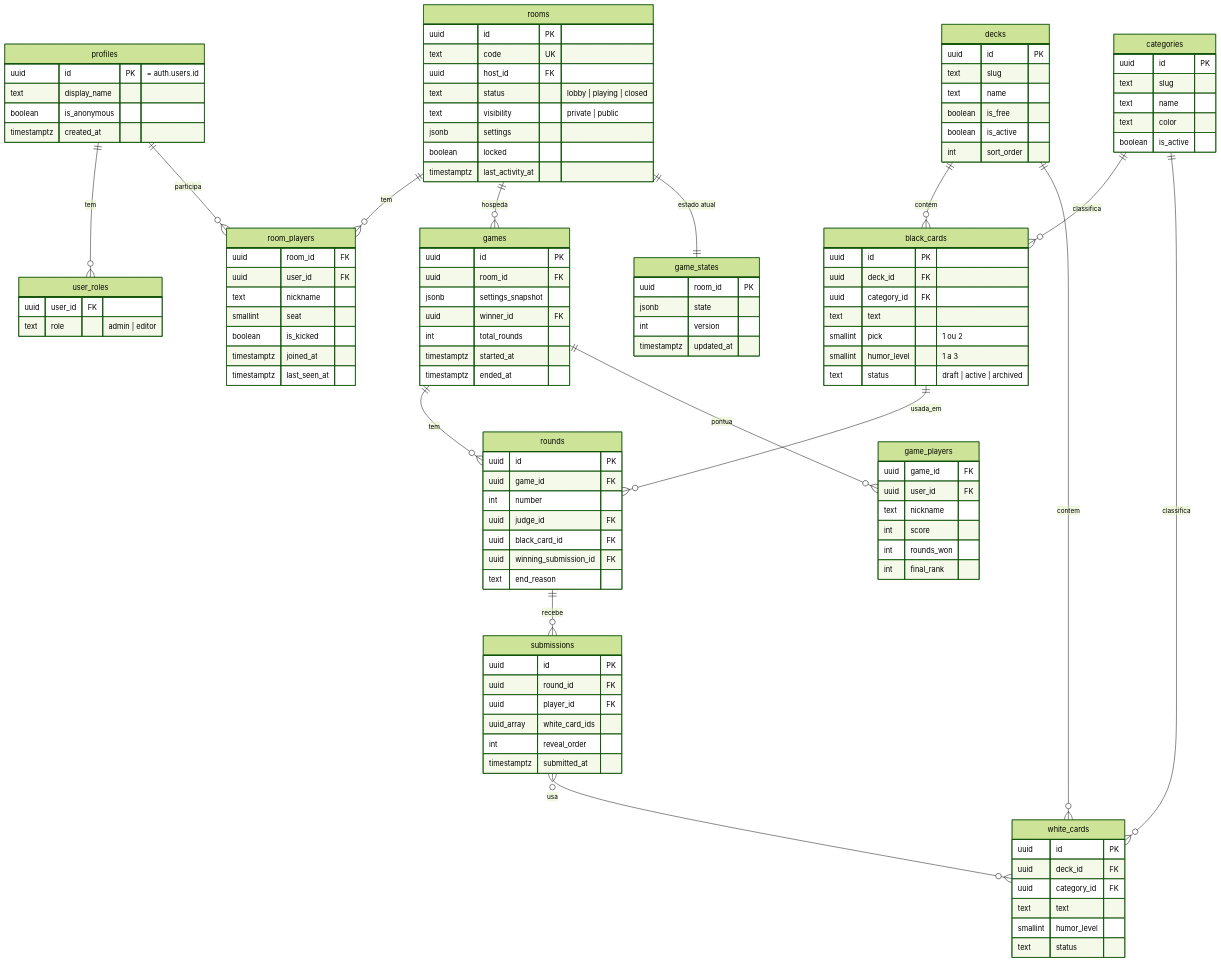
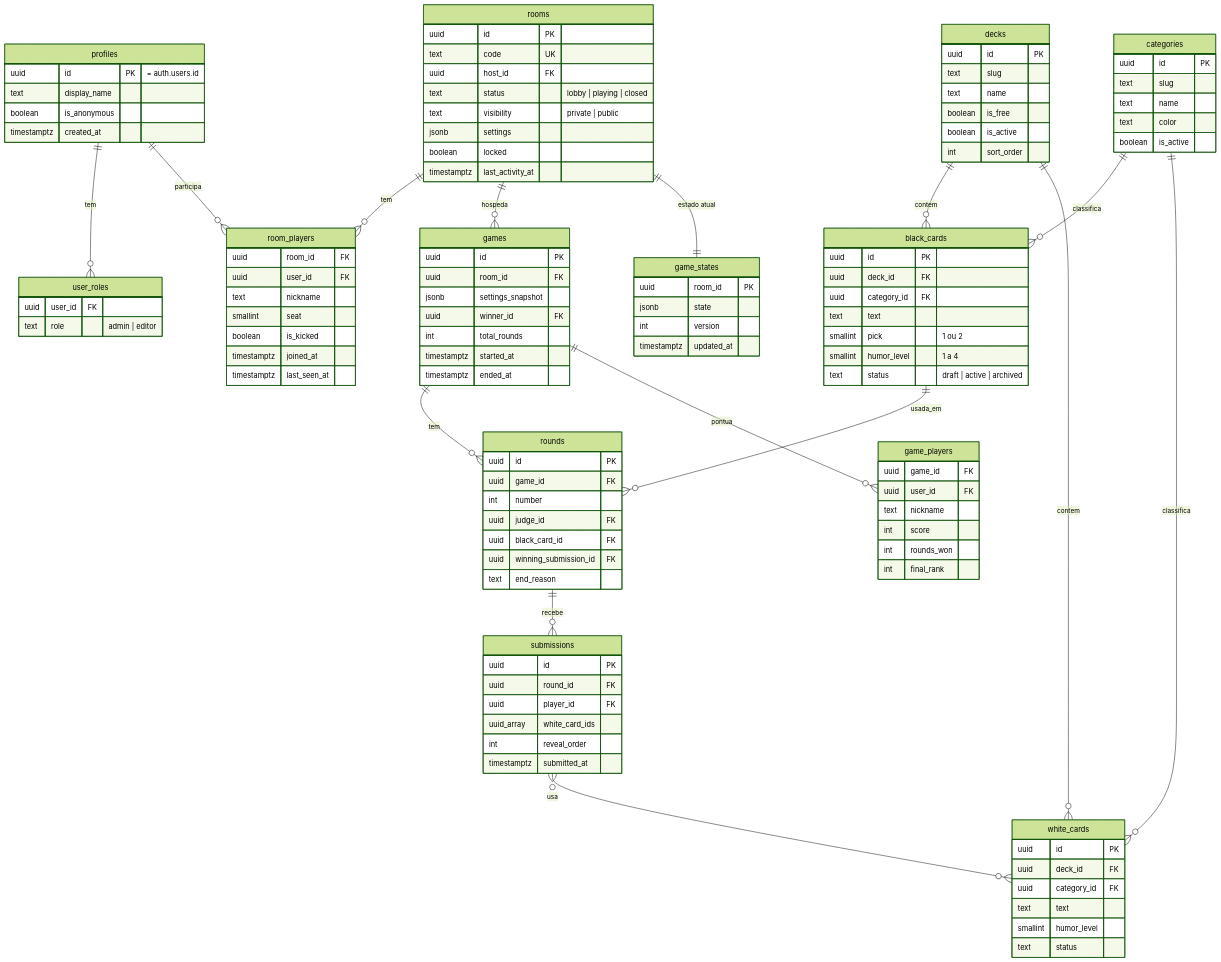
The third of 4 diagrams in docs/PLANO_DE_DESENVOLVIMENTO.md (aserafimsj/Deck-Mariana-Mancia), drawn with Mermaid (forest theme) before and after one commit. The commit also changed other lines of this file and 2 other files, not shown here.

````diff
--- a/docs/PLANO_DE_DESENVOLVIMENTO.md
+++ b/docs/PLANO_DE_DESENVOLVIMENTO.md
@@ -275,31 +275,31 @@
 ```mermaid
 erDiagram
   profiles ||--o{ user_roles : tem
   profiles ||--o{ room_players : participa
   decks ||--o{ black_cards : contem
   decks ||--o{ white_cards : contem
   categories ||--o{ black_cards : classifica
   categories ||--o{ white_cards : classifica
   rooms ||--o{ room_players : tem
   rooms ||--o{ games : hospeda
   rooms ||--|| game_states : "estado atual"
   games ||--o{ rounds : tem
   games ||--o{ game_players : pontua
   rounds ||--o{ submissions : recebe
   black_cards ||--o{ rounds : usada_em
   submissions }o--o{ white_cards : usa
 
   profiles { uuid id PK "= auth.users.id" text display_name boolean is_anonymous timestamptz created_at }
   user_roles { uuid user_id FK text role "admin | editor" }
   decks { uuid id PK text slug text name boolean is_free boolean is_active int sort_order }
   categories { uuid id PK text slug text name text color boolean is_active }
-  black_cards { uuid id PK uuid deck_id FK uuid category_id FK text text smallint pick "1 ou 2" smallint humor_level "1 a 3" text status "draft | active | archived" }
+  black_cards { uuid id PK uuid deck_id FK uuid category_id FK text text smallint pick "1 ou 2" smallint humor_level "1 a 4" text status "draft | active | archived" }
   white_cards { uuid id PK uuid deck_id FK uuid category_id FK text text smallint humor_level text status }
   rooms { uuid id PK text code UK uuid host_id FK text status "lobby | playing | closed" text visibility "private | public" jsonb settings boolean locked timestamptz last_activity_at }
   room_players { uuid room_id FK uuid user_id FK text nickname smallint seat boolean is_kicked timestamptz joined_at timestamptz last_seen_at }
   game_states { uuid room_id PK jsonb state int version timestamptz updated_at }
   games { uuid id PK uuid room_id FK jsonb settings_snapshot uuid winner_id FK int total_rounds timestamptz started_at timestamptz ended_at }
   game_players { uuid game_id FK uuid user_id FK text nickname int score int rounds_won int final_rank }
   rounds { uuid id PK uuid game_id FK int number uuid judge_id FK uuid black_card_id FK uuid winning_submission_id FK text end_reason }
   submissions { uuid id PK uuid round_id FK uuid player_id FK uuid_array white_card_ids int reveal_order timestamptz submitted_at }
 ```
````
